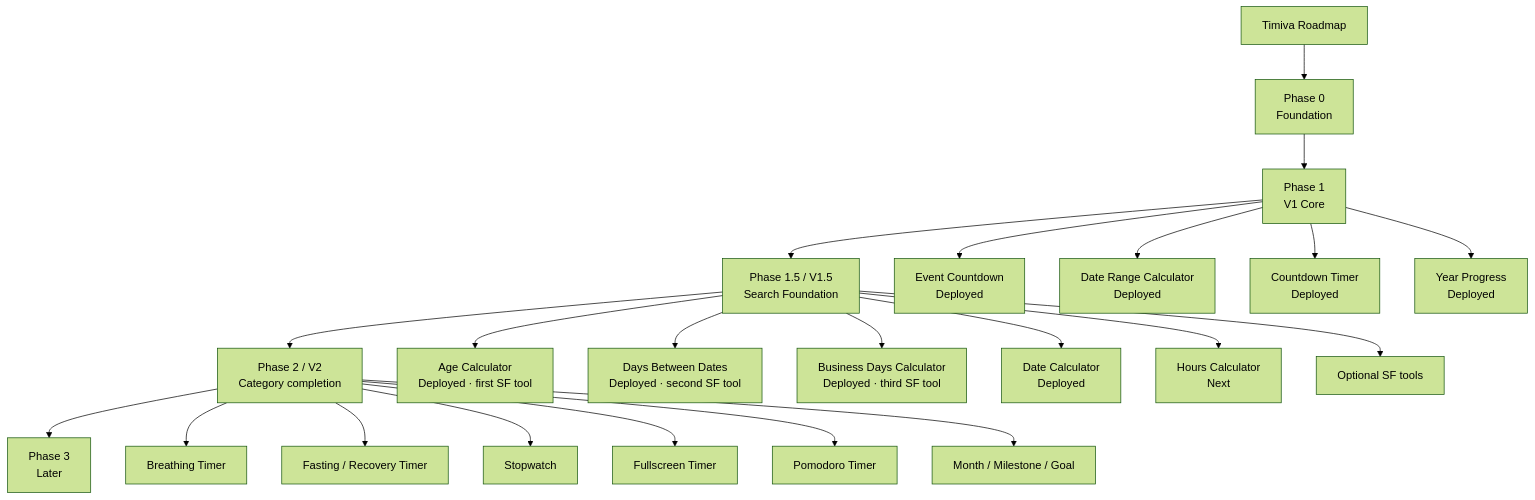
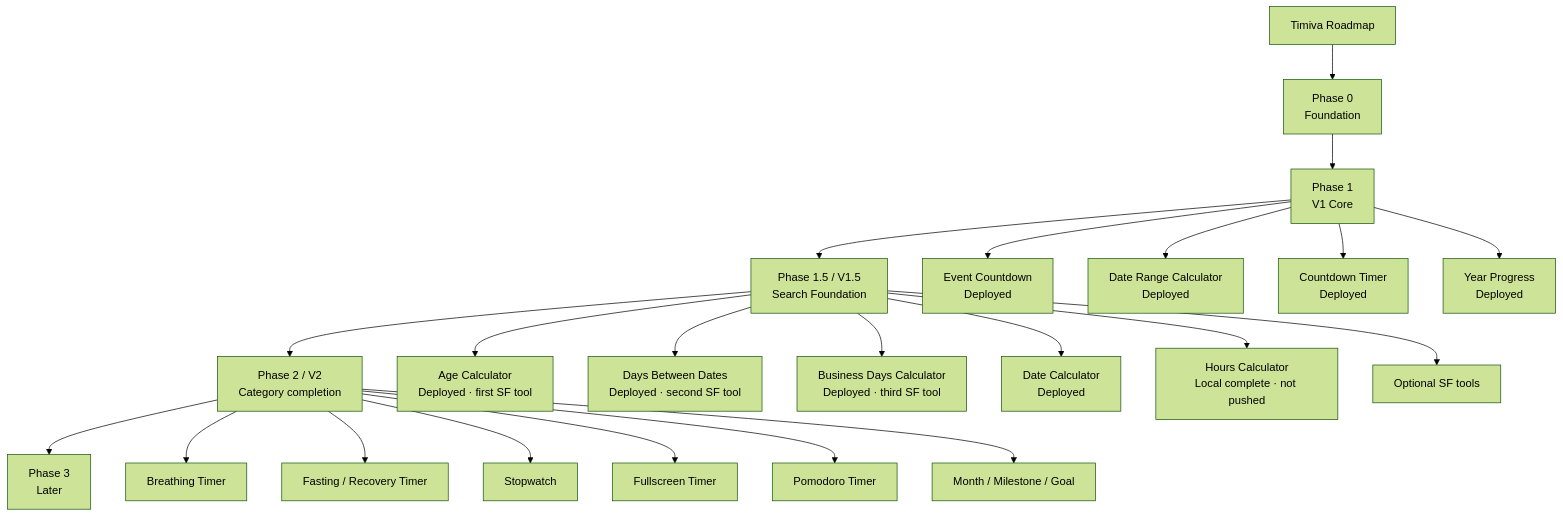
One commit to jd-jane/Timiva changed the diagram in docs/core/roadmap.md. Above: the diagram before and after it, drawn with Mermaid (forest theme). The commit also changed other lines of this file and 7 other files, not shown here.

Commit message:
feat: integrate Hours Calculator across site links

````diff
--- a/docs/core/roadmap.md
+++ b/docs/core/roadmap.md
@@ -35,27 +35,27 @@
 ```mermaid
 flowchart TD
     A[Timiva Roadmap] --> B[Phase 0<br/>Foundation]
     B --> C[Phase 1<br/>V1 Core]
     C --> D[Phase 1.5 / V1.5<br/>Search Foundation]
     D --> E[Phase 2 / V2<br/>Category completion]
     E --> F[Phase 3<br/>Later]
 
     C --> C1[Event Countdown<br/>Deployed]
     C --> C2[Date Range Calculator<br/>Deployed]
     C --> C3[Countdown Timer<br/>Deployed]
     C --> C4[Year Progress<br/>Deployed]
 
     D --> D1[Age Calculator<br/>Deployed · first SF tool]
     D --> D2[Days Between Dates<br/>Deployed · second SF tool]
     D --> D3[Business Days Calculator<br/>Deployed · third SF tool]
     D --> D4[Date Calculator<br/>Deployed]
-    D --> D5[Hours Calculator<br/>Next]
+    D --> D5[Hours Calculator<br/>Local complete · not pushed]
     D --> D6[Optional SF tools]
 
     E --> E1[Breathing Timer]
     E --> E2[Fasting / Recovery Timer]
     E --> E3[Stopwatch]
     E --> E4[Fullscreen Timer]
     E --> E5[Pomodoro Timer]
     E --> E6[Month / Milestone / Goal]
 ```
````
